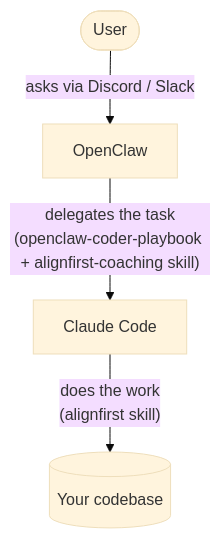
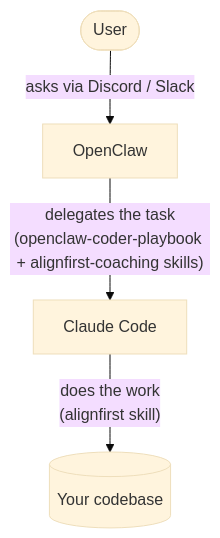
One commit to paleo/alignfirst changed the diagram in openclaw-coder/README.md. Above: the diagram before and after it, drawn with Mermaid (base theme). The commit also changed other lines of this file, not shown here.

````diff
--- a/openclaw-coder/README.md
+++ b/openclaw-coder/README.md
@@ -12,6 +12,6 @@
 ```mermaid
 flowchart TD
   U([User]) -->|"asks via Discord / Slack"| O[OpenClaw]
-  O -->|"delegates the task<br/>(openclaw-coder-playbook + alignfirst-coaching skill)"| CC[Claude Code]
+  O -->|"delegates the task<br/>(openclaw-coder-playbook + alignfirst-coaching skills)"| CC[Claude Code]
   CC -->|"does the work<br/>(alignfirst skill)"| FS[(Your codebase)]
 ```
````
